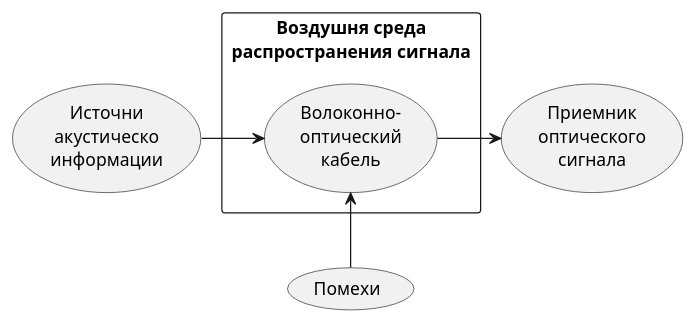
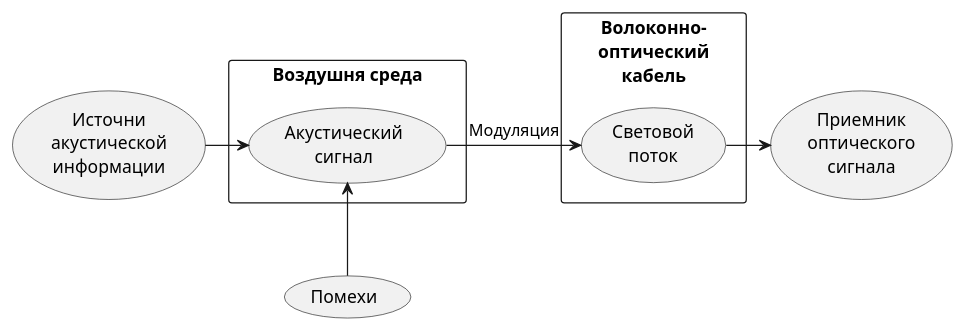
Before and after one commit to almkuznetsov/bmstu-kb: the diagram in Заметки/Канал утечки через оптоволоконные кабели.md, drawn with PlantUML. The commit also changed 10 other files, not shown here.

Commit message:
Блоки закинуты в заметки, #6 изменена схема

````diff
--- a/Заметки/Канал утечки через оптоволоконные кабели.md
+++ b/Заметки/Канал утечки через оптоволоконные кабели.md
@@ -8,13 +8,17 @@
 ```plantuml
 @startuml
-usecase "Источни\nакустическо\nинформации" as Istochnik
-rectangle "Воздушня среда\nраспространения сигнала" {
-	usecase "Волоконно-\nоптический\nкабель" as Kabel
-	Istochnik -> Kabel
+usecase "Источни\nакустической\nинформации" as Istochnik
+rectangle "Воздушня среда" {
+	usecase "Акустический\nсигнал" as Signal
+	Istochnik -> Signal
+}
+rectangle "Волоконно-\nоптический\nкабель" {
+	usecase "Световой\nпоток" as Svet
+	Signal -> (Svet) : Модуляция
 }
 usecase "Приемник\nоптического\nсигнала" as Priemnik
-Kabel -> Priemnik
+Svet -> Priemnik
 usecase "Помехи" as Pomehi
-Pomehi -up-> Kabel
+Pomehi -up-> Signal
 @enduml
 ```
````
